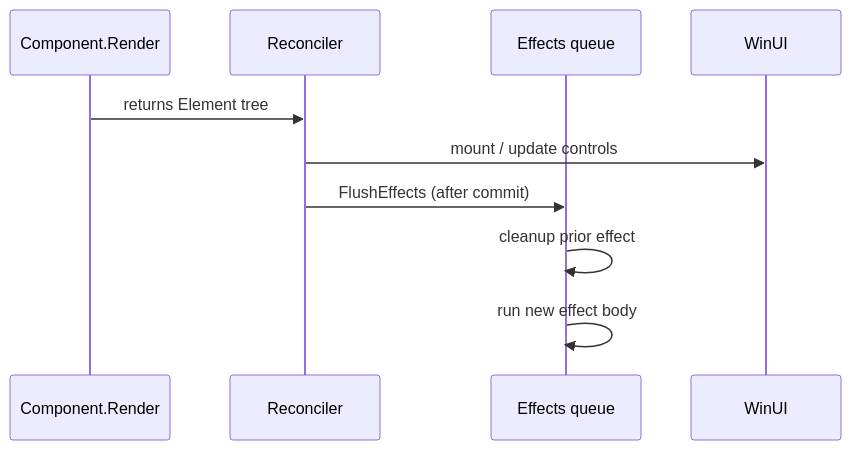
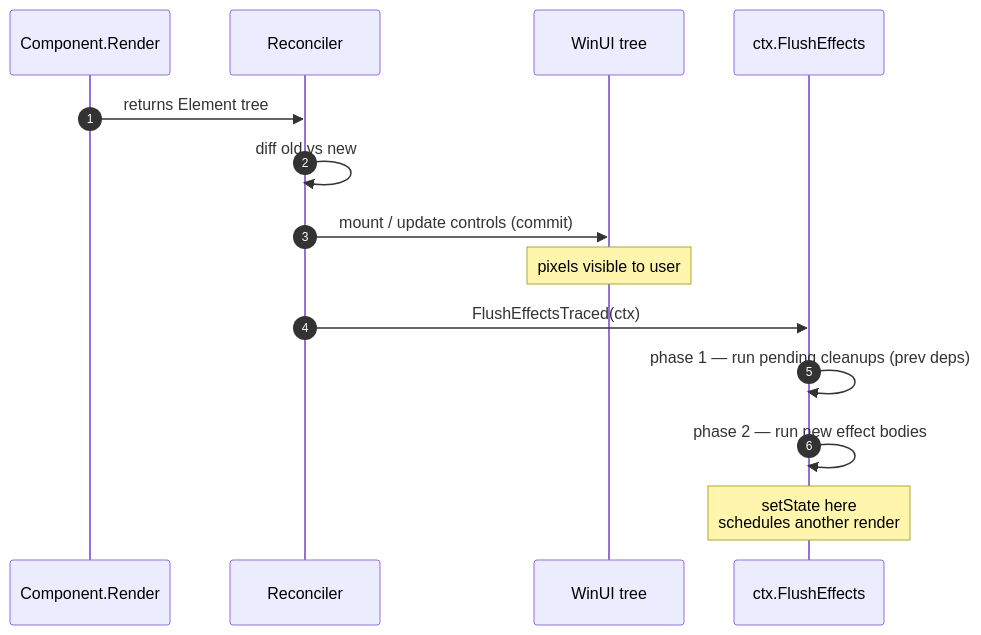
The diagram in docs/_pipeline/diagrams/effects-scheduling/effect-timing.mmd (microsoft/microsoft-ui-reactor), drawn with Mermaid before and after one commit. The commit also changed 2 other files, not shown here.

Commit message:
docs(041): effects-scheduling at Comprehensive tier (3.5.6)
Render -> commit -> flush sequence with the two-phase cleanup-then-body
ordering documented from src/Reactor/Core/RenderContext.cs (effect-schedule,
set-state, use-state-slot) and src/Reactor/Hooks/PendingScope.cs and
src/Reactor/Core/QueryCache.cs. Mermaid sequence diagram replaces the
Phase-3.5 scaffold. Cross-links to async-system reference (kept per spec
§7.1.1), reconciliation, hooks, async-resources-cookbook, threading.

```diff
--- a/docs/_pipeline/diagrams/effects-scheduling/effect-timing.mmd
+++ b/docs/_pipeline/diagrams/effects-scheduling/effect-timing.mmd
@@ -1,13 +1,17 @@
-%% Phase 3.5 scaffold — render-vs-effect timing. Author should expand
-%% with the FlushEffects call after commit, the cleanup-before-effect
-%% ordering, and the Pending bubble-up signal flow.
+%% effects-scheduling: when UseEffect runs relative to render + commit.
+%% Reads: Render -> Reconciler.Mount/Update -> WinUI tree visible
+%% -> FlushEffects (cleanup-of-prev THEN run-new).
 sequenceDiagram
+    autonumber
     participant C as Component.Render
     participant R as Reconciler
-    participant E as Effects queue
-    participant U as WinUI
+    participant U as WinUI tree
+    participant E as ctx.FlushEffects
     C->>R: returns Element tree
-    R->>U: mount / update controls
-    R->>E: FlushEffects (after commit)
-    E->>E: cleanup prior effect
-    E->>E: run new effect body
+    R->>R: diff old vs new
+    R->>U: mount / update controls (commit)
+    Note over U: pixels visible to user
+    R->>E: FlushEffectsTraced(ctx)
+    E->>E: phase 1 — run pending cleanups (prev deps)
+    E->>E: phase 2 — run new effect bodies
+    Note over E: setState here<br/>schedules another render
```
